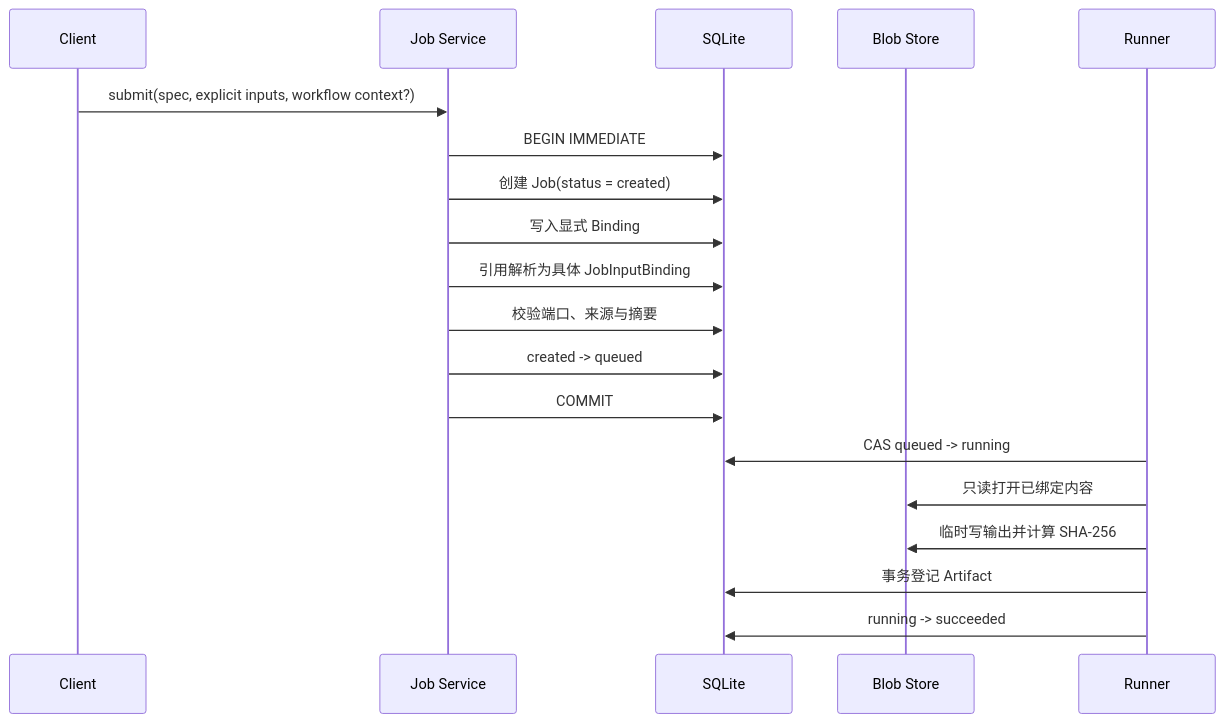
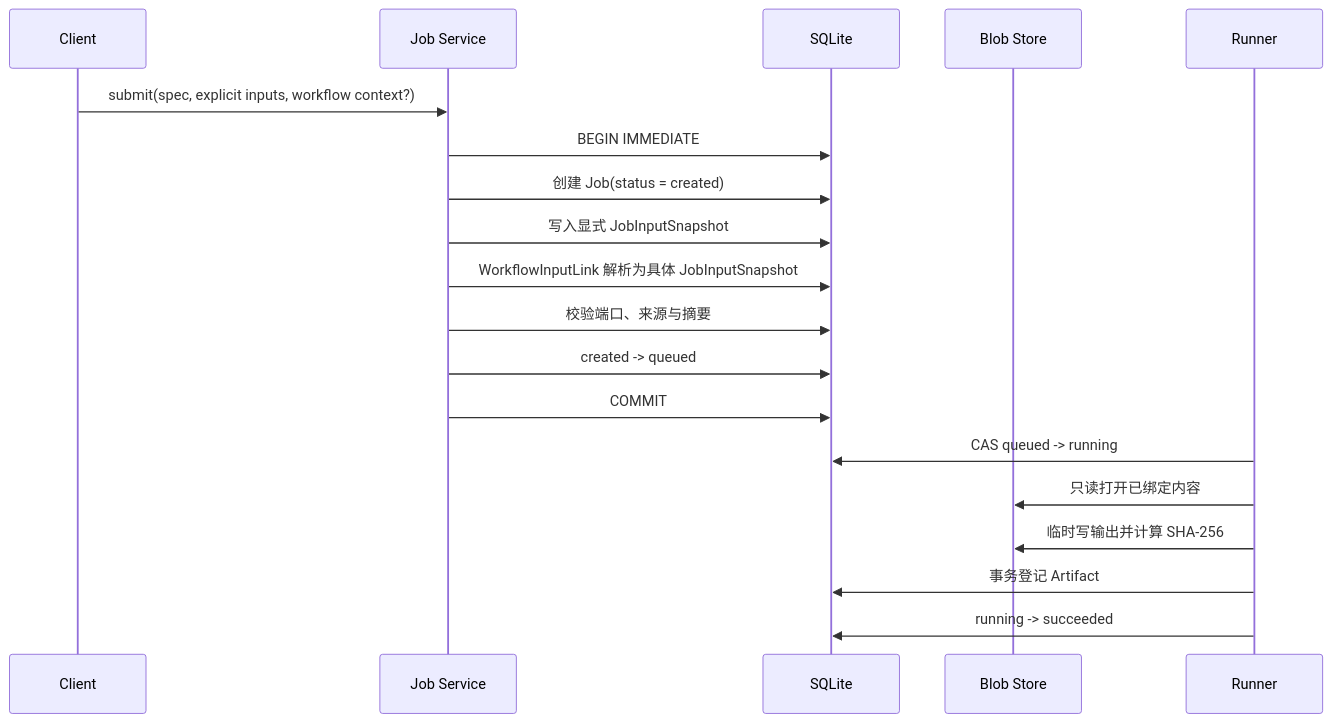
One commit to wxyhgk/retain-mol changed the second of 5 diagrams in docs/architecture/data-model/lifecycles.md. Above: the diagram before and after it, drawn with Mermaid. The commit also changed other lines of this file and 250 other files, not shown here.

````diff
--- a/docs/architecture/data-model/lifecycles.md
+++ b/docs/architecture/data-model/lifecycles.md
@@ -64,22 +64,22 @@
 ```mermaid
 sequenceDiagram
     participant C as Client
     participant S as Job Service
     participant DB as SQLite
     participant BS as Blob Store
     participant R as Runner
 
     C->>S: submit(spec, explicit inputs, workflow context?)
     S->>DB: BEGIN IMMEDIATE
     S->>DB: 创建 Job(status = created)
-    S->>DB: 写入显式 Binding
-    S->>DB: 引用解析为具体 JobInputBinding
+    S->>DB: 写入显式 JobInputSnapshot
+    S->>DB: WorkflowInputLink 解析为具体 JobInputSnapshot
     S->>DB: 校验端口、来源与摘要
     S->>DB: created -> queued
     S->>DB: COMMIT
     R->>DB: CAS queued -> running
     R->>BS: 只读打开已绑定内容
     R->>BS: 临时写输出并计算 SHA-256
     R->>DB: 事务登记 Artifact
     R->>DB: running -> succeeded
 ```
````
